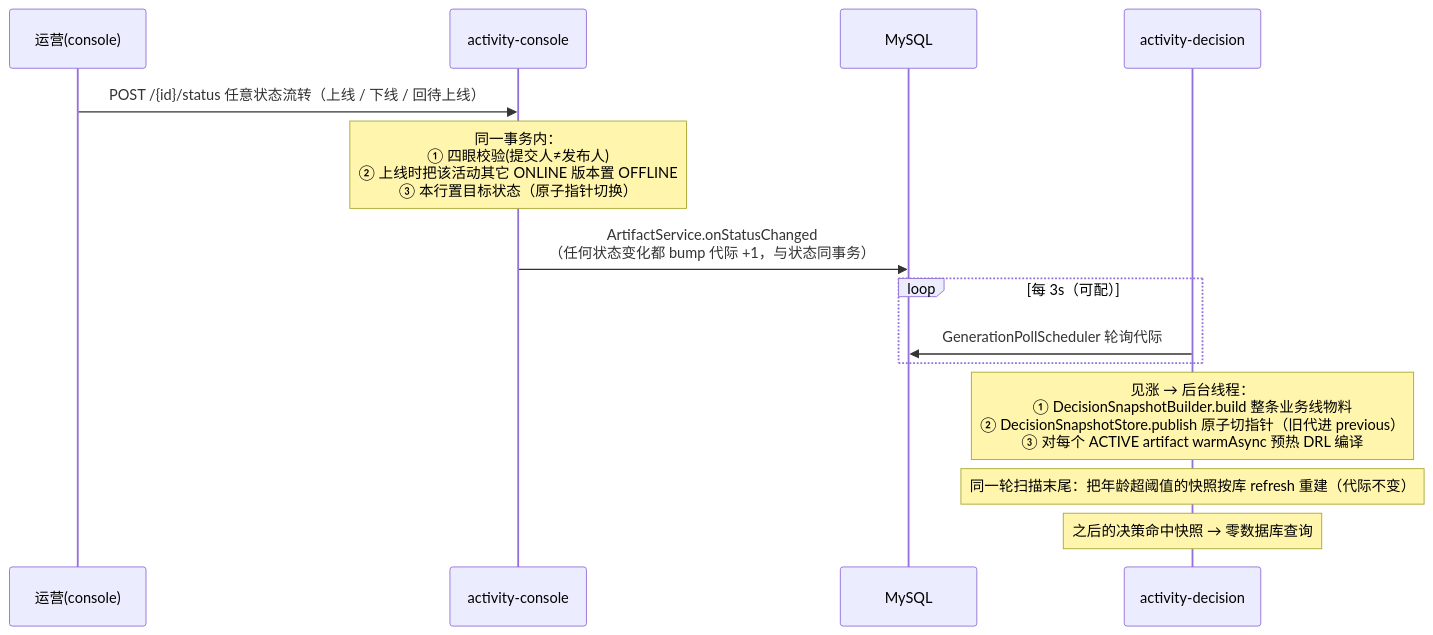
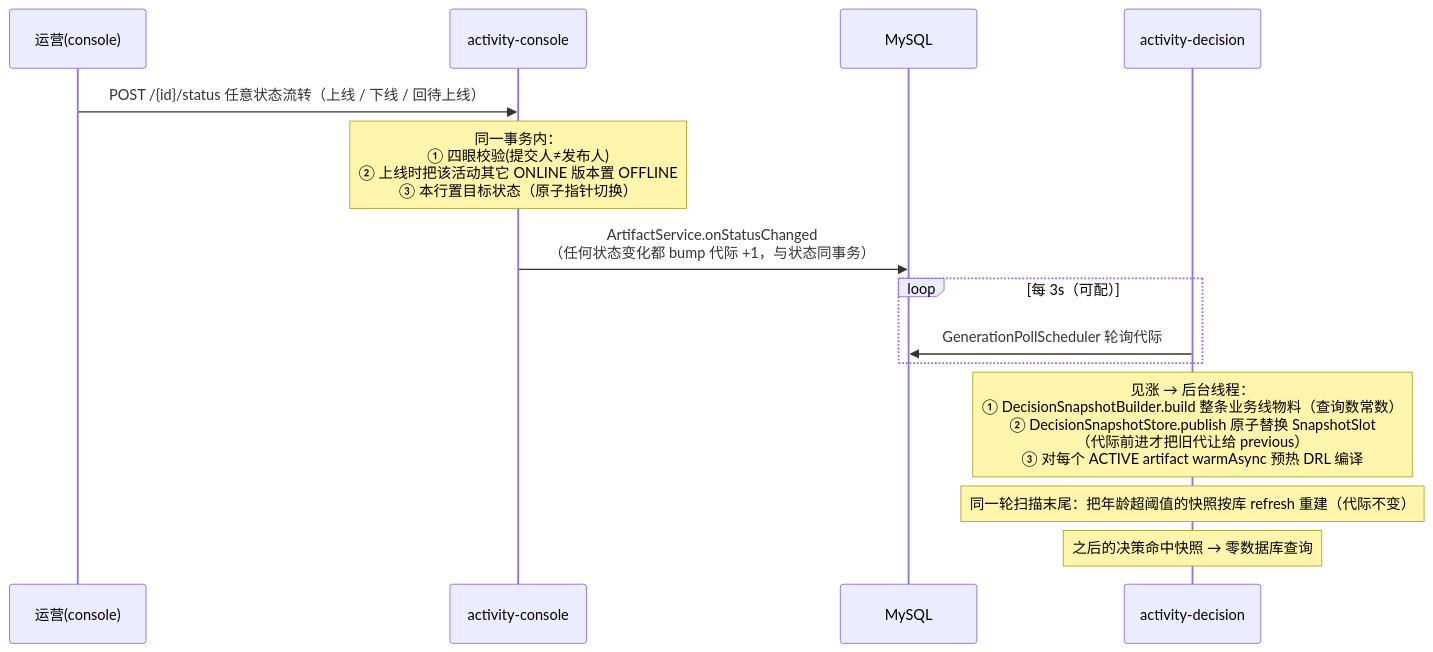
One commit to lirji/Drools_Project changed the second of 2 diagrams in docs/architecture.md. Above: the diagram before and after it, drawn with Mermaid. The commit also changed other lines of this file and 6 other files, not shown here.

````diff
--- a/docs/architecture.md
+++ b/docs/architecture.md
@@ -224,16 +348,16 @@
 ```mermaid
 sequenceDiagram
     participant U as 运营(console)
     participant C as activity-console
     participant DB as MySQL
     participant D as activity-decision
     U->>C: POST /{id}/status 任意状态流转（上线 / 下线 / 回待上线）
     Note over C: 同一事务内：<br/>① 四眼校验(提交人≠发布人)<br/>② 上线时把该活动其它 ONLINE 版本置 OFFLINE<br/>③ 本行置目标状态（原子指针切换）
     C->>DB: ArtifactService.onStatusChanged<br/>（任何状态变化都 bump 代际 +1，与状态同事务）
     loop 每 3s（可配）
         D->>DB: GenerationPollScheduler 轮询代际
     end
-    Note over D: 见涨 → 后台线程：<br/>① DecisionSnapshotBuilder.build 整条业务线物料<br/>② DecisionSnapshotStore.publish 原子切指针（旧代进 previous）<br/>③ 对每个 ACTIVE artifact warmAsync 预热 DRL 编译
+    Note over D: 见涨 → 后台线程：<br/>① DecisionSnapshotBuilder.build 整条业务线物料（查询数常数）<br/>② DecisionSnapshotStore.publish 原子替换 SnapshotSlot<br/>（代际前进才把旧代让给 previous）<br/>③ 对每个 ACTIVE artifact warmAsync 预热 DRL 编译
     Note over D: 同一轮扫描末尾：把年龄超阈值的快照按库 refresh 重建（代际不变）
     Note over D: 之后的决策命中快照 → 零数据库查询
 ```
````
